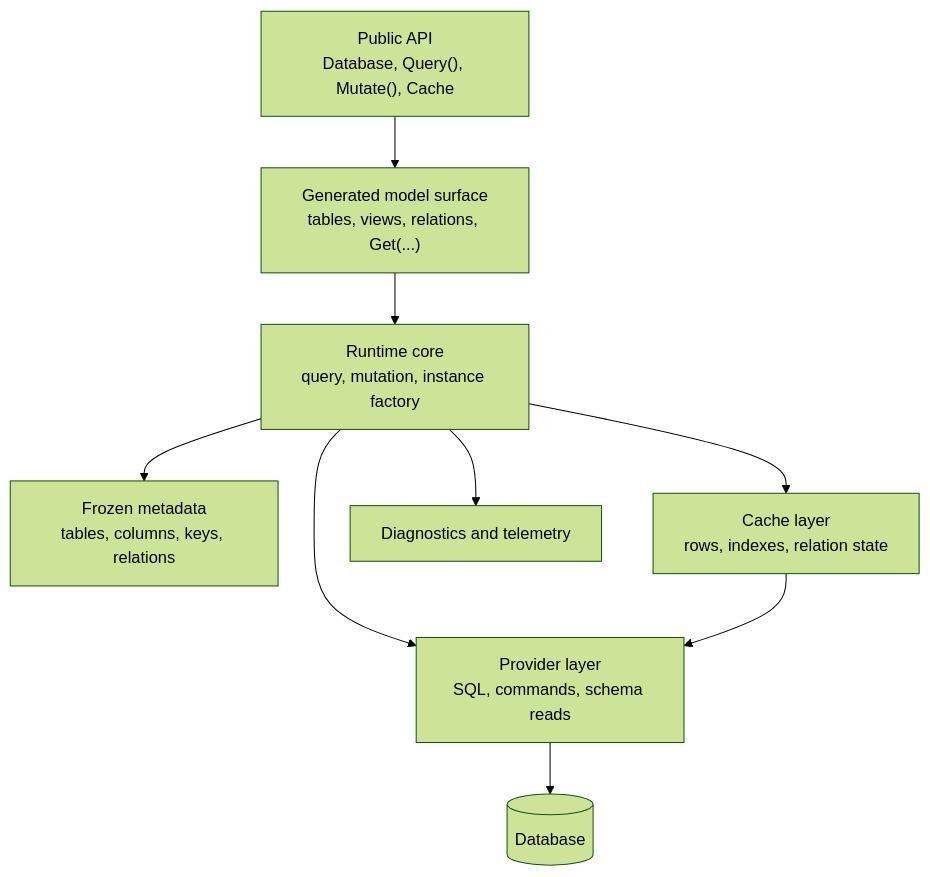
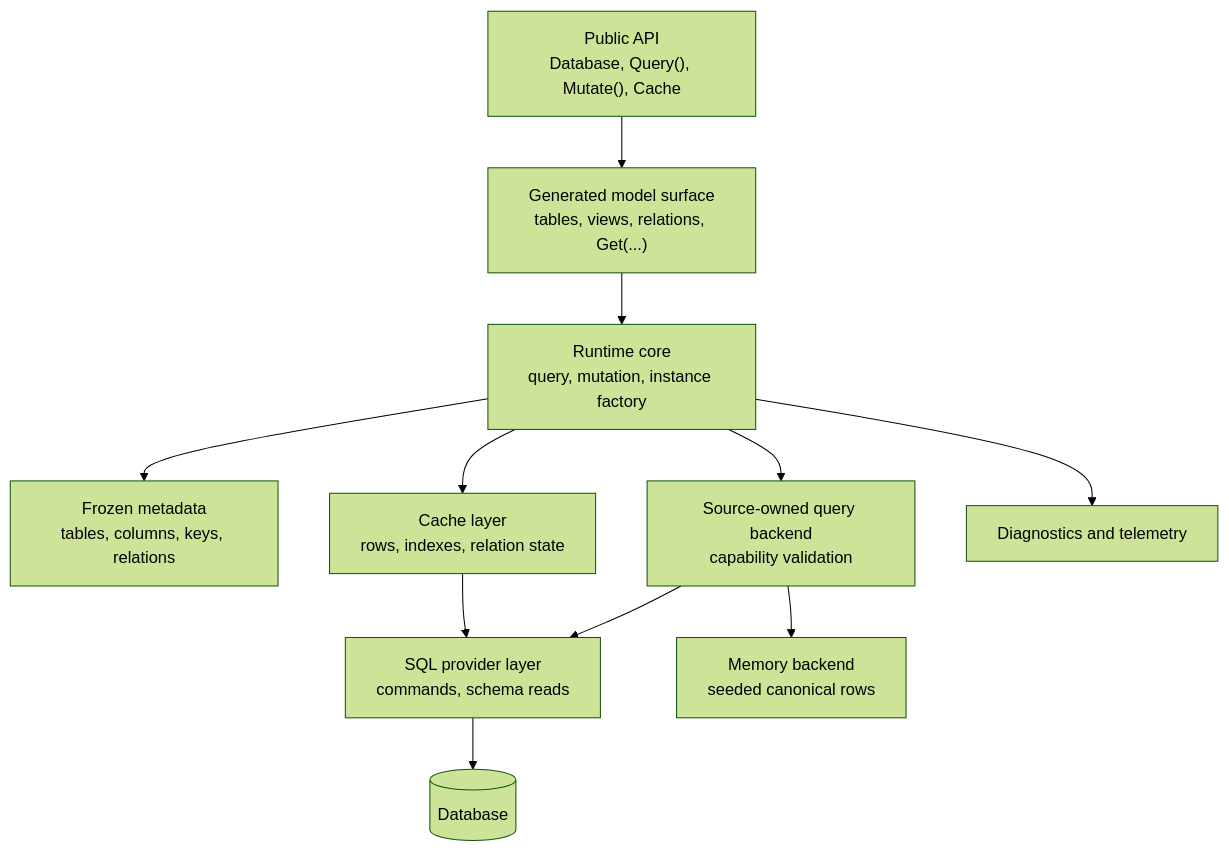
One commit to bazer/DataLinq changed the second of 2 diagrams in docs/internals/Architecture Overview.md. Above: the diagram before and after it, drawn with Mermaid (forest theme). The commit also changed other lines of this file and 32 other files, not shown here.

````diff
--- a/docs/internals/Architecture Overview.md
+++ b/docs/internals/Architecture Overview.md
@@ -114,11 +120,13 @@
 ```mermaid
 flowchart TB
     PublicApi["Public API<br/>Database<T>, Query(), Mutate(), Cache"] --> GeneratedSurface["Generated model surface<br/>tables, views, relations, Get(...)"]
     GeneratedSurface --> RuntimeCore["Runtime core<br/>query, mutation, instance factory"]
     RuntimeCore --> MetadataLayer["Frozen metadata<br/>tables, columns, keys, relations"]
     RuntimeCore --> CacheLayer["Cache layer<br/>rows, indexes, relation state"]
-    RuntimeCore --> ProviderLayer["Provider layer<br/>SQL, commands, schema reads"]
+    RuntimeCore --> BackendLayer["Source-owned query backend<br/>capability validation"]
+    BackendLayer --> ProviderLayer["SQL provider layer<br/>commands, schema reads"]
+    BackendLayer --> MemoryLayer["Memory backend<br/>seeded canonical rows"]
     ProviderLayer --> Db[("Database")]
     CacheLayer --> ProviderLayer
     RuntimeCore --> Diagnostics["Diagnostics and telemetry"]
 ```
````
